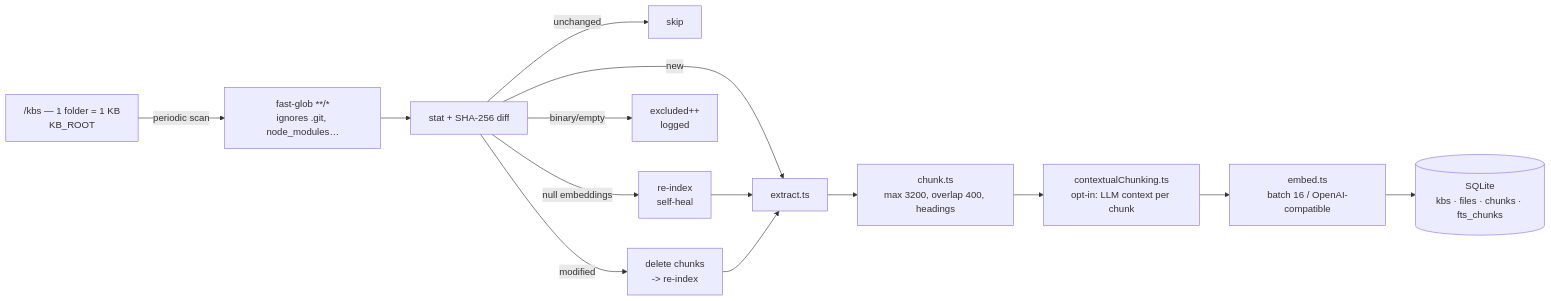
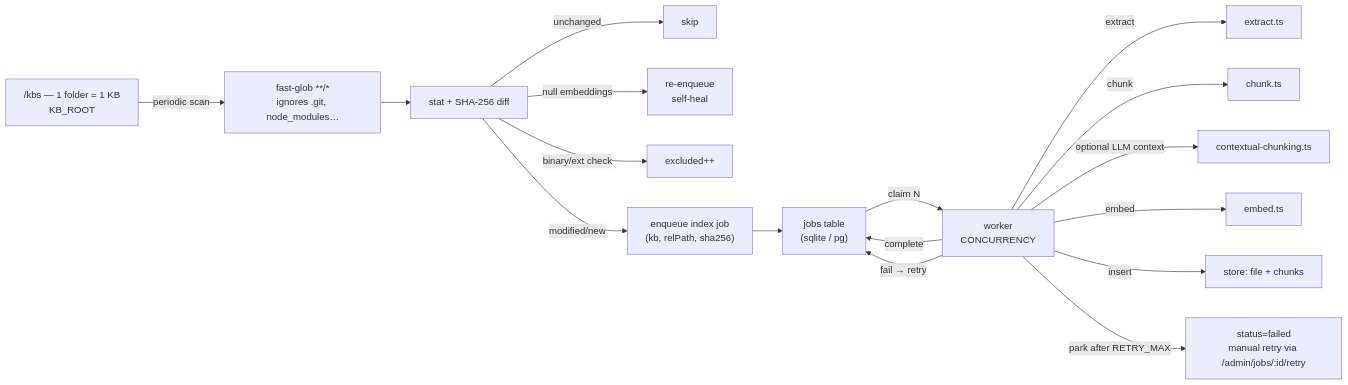
One commit to openhoat/rag-hub-mcp changed the second of 2 diagrams in docs/guide/architecture.md. Above: the diagram before and after it, drawn with Mermaid. The commit also changed other lines of this file and 5 other files, not shown here.

First line of the commit message:
docs: async indexing docs + rename contextualChunking module name in docs

````diff
--- a/docs/guide/architecture.md
+++ b/docs/guide/architecture.md
@@ -62,16 +73,19 @@
 ```mermaid
 graph LR
     F["/kbs — 1 folder = 1 KB<br/>KB_ROOT"] -->|periodic scan| GLOB["fast-glob **/*<br/>ignores .git, node_modules…"]
     GLOB --> STAT["stat + SHA-256 diff"]
     STAT -->|unchanged| SKIP["skip"]
-    STAT -->|null embeddings| RE["re-index<br/>self-heal"]
-    STAT -->|binary/empty| EXCL["excluded++<br/>logged"]
-    STAT -->|modified| REMOD["delete chunks<br/>-> re-index"]
-    STAT -->|new| EXTR["extract.ts"]
-    RE --> EXTR
-    REMOD --> EXTR
-    EXTR --> CH["chunk.ts<br/>max 3200, overlap 400, headings"]
-    CH --> CC["contextualChunking.ts<br/>opt-in: LLM context per chunk"]
-    CC --> EMB["embed.ts<br/>batch 16 / OpenAI-compatible"]
-    EMB --> DB[("SQLite<br/>kbs · files · chunks · fts_chunks")]
+    STAT -->|null embeddings| RE["re-enqueue<br/>self-heal"]
+    STAT -->|binary/ext check| EXCL["excluded++"]
+    STAT -->|modified/new| ENQ["enqueue index job<br/>(kb, relPath, sha256)"]
+    ENQ --> QUEUE["jobs table<br/>(sqlite / pg)"]
+    QUEUE -->|claim N| WORKER["worker<br/>CONCURRENCY"]
+    WORKER -->|extract| EXTR["extract.ts"]
+    WORKER -->|chunk| CHUNK["chunk.ts"]
+    WORKER -->|optional LLM context| CC["contextual-chunking.ts"]
+    WORKER -->|embed| EMB["embed.ts"]
+    WORKER -->|insert| STORE2["store: file + chunks"]
+    WORKER -->|complete| QUEUE
+    WORKER -->|fail → retry| QUEUE
+    WORKER -->|park after RETRY_MAX| QUEUE2["status=failed<br/>manual retry via /admin/jobs/:id/retry"]
 ```
````
